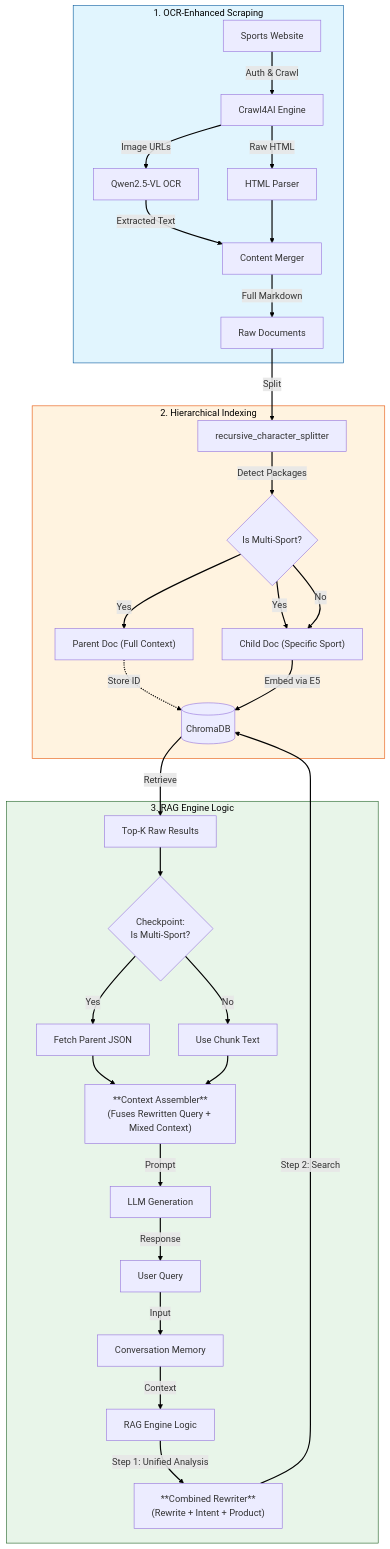
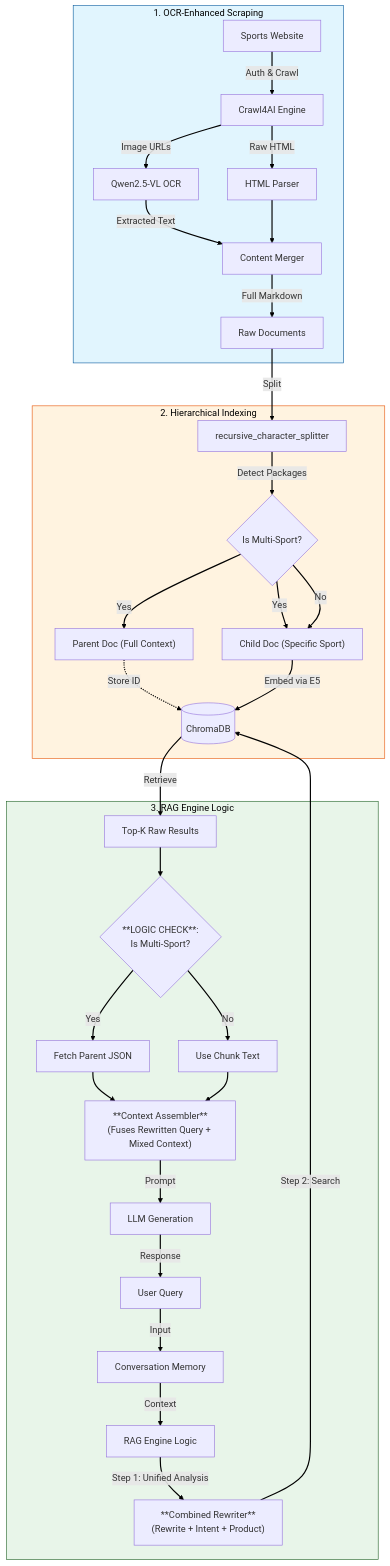
Before and after one commit to MossMojito/Chatbot_RAG_handcraft_no_Langchain: the diagram in README.md, drawn with Mermaid. The commit also changed 2 other files, not shown here.

Commit message:
Docs: Force visual update on diagrams

````diff
--- a/README.md
+++ b/README.md
@@ -29,52 +29,52 @@
 ```mermaid
 flowchart TD
     subgraph Scraper ["1. OCR-Enhanced Scraping"]
         Web[Sports Website] -->|Auth & Crawl| Crawler[Crawl4AI Engine]
         Crawler -->|Raw HTML| HTML_Parse[HTML Parser]
         Crawler -->|Image URLs| OCR[Qwen2.5-VL OCR]
         OCR -->|Extracted Text| Merger[Content Merger]
         HTML_Parse --> Merger
         Merger -->|Full Markdown| RawMD[Raw Documents]
     end
 
     subgraph Ingestion ["2. Hierarchical Indexing"]
         RawMD -->|Split| Chunker[recursive_character_splitter]
         Chunker -->|Detect Packages| Logic{Is Multi-Sport?}
         
         Logic -- Yes --> Parent["Parent Doc (Full Context)"]
         Logic -- Yes --> Child["Child Doc (Specific Sport)"]
         Logic -- No --> Child
         
         Parent -.->|Store ID| VectorDB[(ChromaDB)]
         Child -->|Embed via E5| VectorDB
     end
 
     subgraph Chatbot ["3. RAG Engine Logic"]
         User[User Query] -->|Input| Memory[Conversation Memory]
         Memory -->|Context| Engine[RAG Engine Logic]
         
         %% Strategy 1: Always rewrite
         Engine -->|Step 1: Unified Analysis| Rewriter["**Combined Rewriter**<br>(Rewrite + Intent + Product)"]
         Rewriter -->|Step 2: Search| VectorDB
         
         VectorDB -->|Retrieve| Hits[Top-K Raw Results]
         
         %% Strategy 2: Per-Result Logic
-        Hits --> RetrievalLogic{Checkpoint:<br>Is Multi-Sport?}
+        Hits --> RetrievalLogic{**LOGIC CHECK**:<br>Is Multi-Sport?}
         RetrievalLogic -- Yes --> FetchedParent[Fetch Parent JSON]
         RetrievalLogic -- No --> SpecificChunk[Use Chunk Text]
         
         FetchedParent --> Assembler
         SpecificChunk --> Assembler
         
         Assembler["**Context Assembler**<br>(Fuses Rewritten Query + Mixed Context)"] -->|Prompt| LLM[LLM Generation]
         LLM -->|Response| User
     end
 
     style Scraper fill:#e1f5fe,stroke:#01579b,color:black
     style Ingestion fill:#fff3e0,stroke:#e65100,color:black
     style Chatbot fill:#e8f5e9,stroke:#1b5e20,color:black
     
     %% Force black lines
     linkStyle default stroke:black,stroke-width:2px
 ```
````
